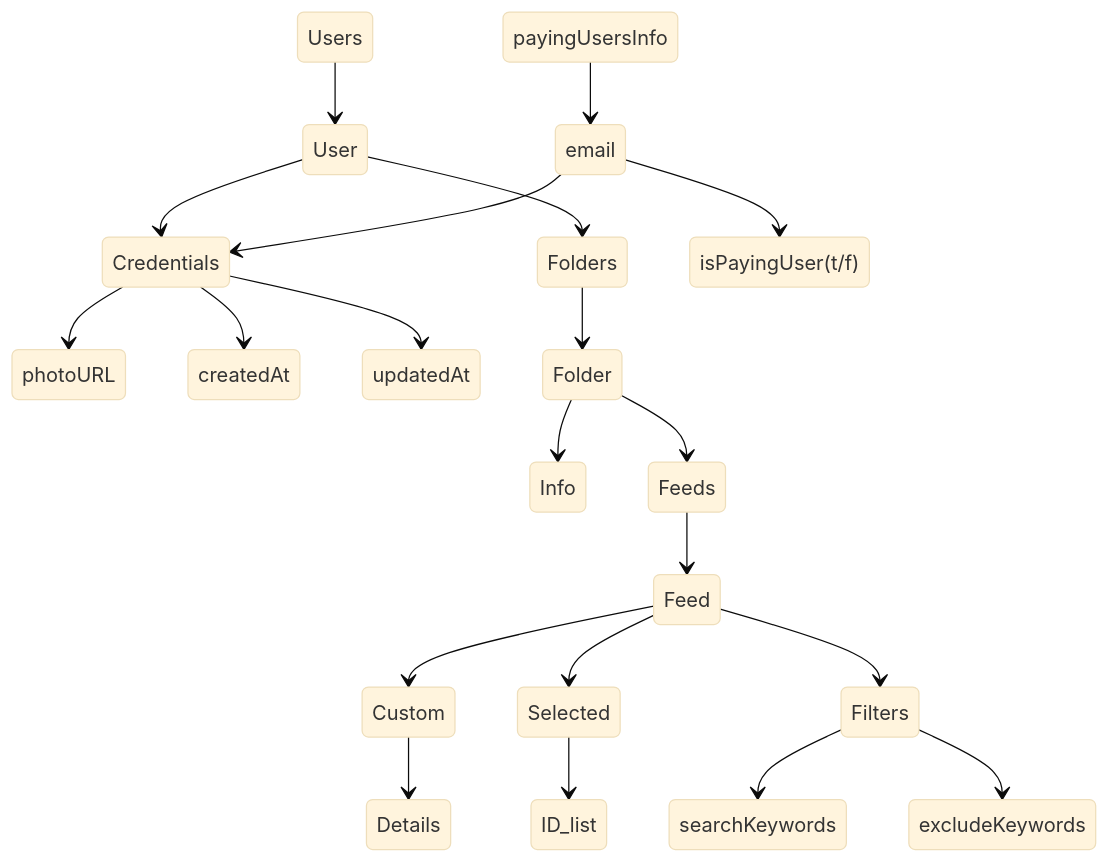
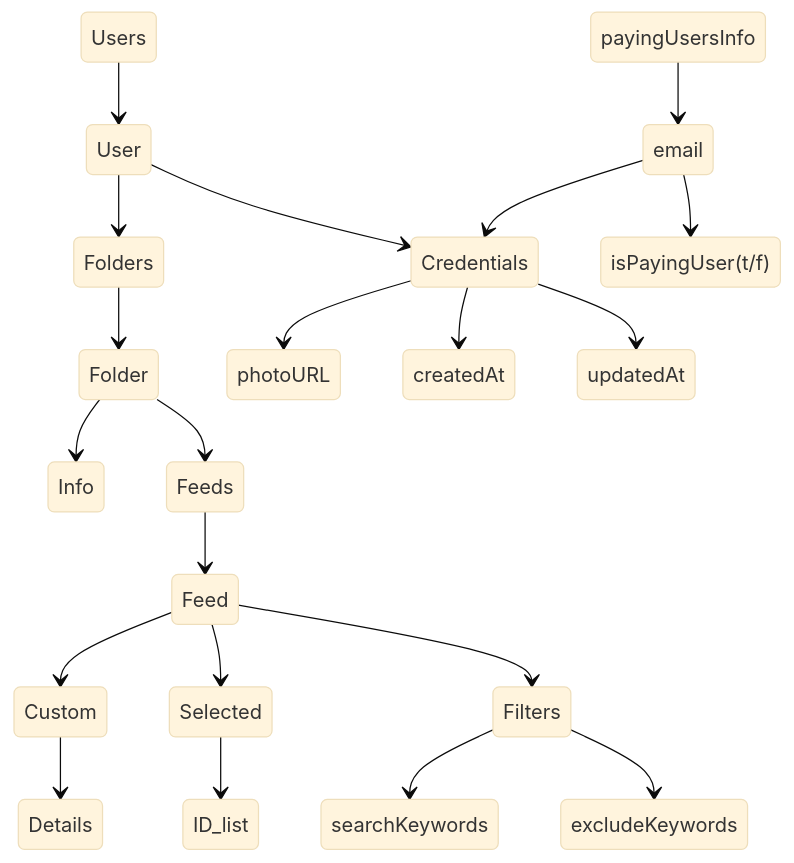
The first of 2 diagrams in README.md (Sharpness-B/live-news-feed), drawn with Mermaid (base theme) before and after one commit. The commit also changed other lines of this file, not shown here.

````diff
--- a/README.md
+++ b/README.md
@@ -12,23 +12,23 @@
   ```mermaid
   stateDiagram
   Users --> User
-  User --> Credentials
-  Credentials --> photoURL
-  Credentials --> createdAt
-  Credentials --> updatedAt
   User --> Folders
   Folders --> Folder
   Folder --> Info
   Folder --> Feeds
   Feeds --> Feed
   Feed --> Custom
   Custom --> Details
   Feed --> Selected
   Selected --> ID_list
   Feed --> Filters
   Filters --> searchKeywords
   Filters --> excludeKeywords
+  User --> Credentials
+  Credentials --> photoURL
+  Credentials --> createdAt
+  Credentials --> updatedAt
   payingUsersInfo --> email
   email --> Credentials
   email --> isPayingUser(t/f)
   ```
````
